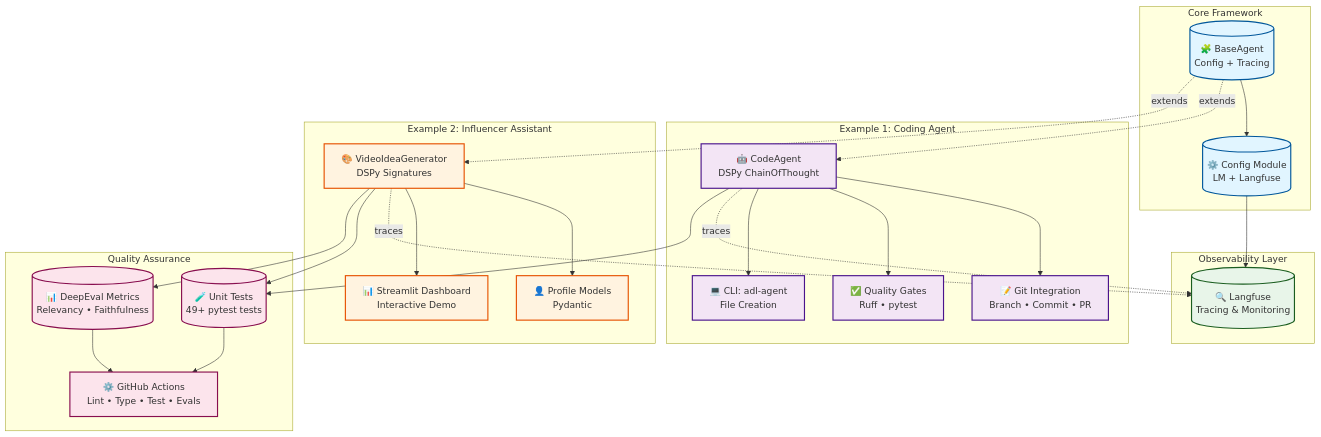
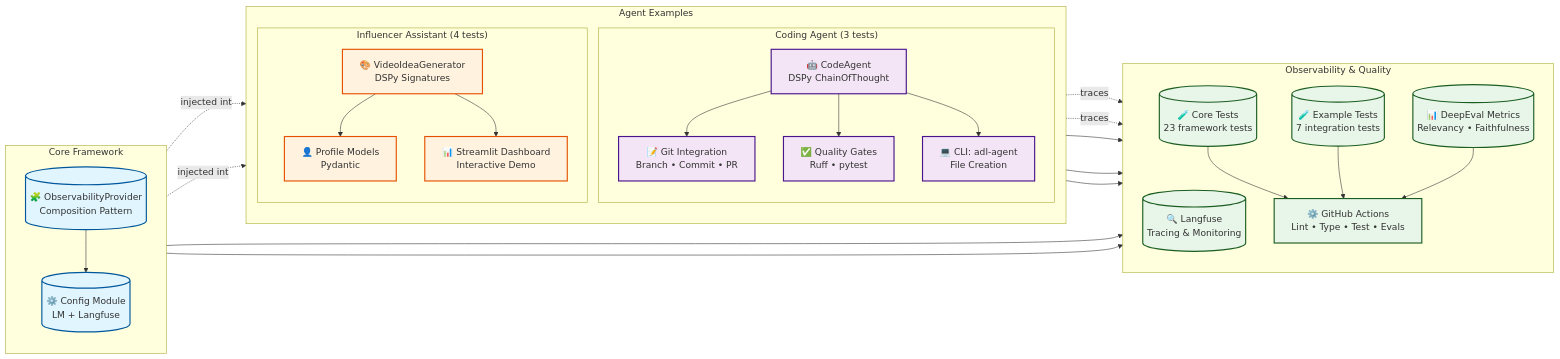
The diagram in docs/architecture.mmd (ammons-datalabs/observable-agent-starter), drawn with Mermaid before and after one commit. The commit also changed 36 other files, not shown here.

First line of the commit message:
Release v0.3.0: Composition pattern refactor & CI hardening (#2)

```diff
--- a/docs/architecture.mmd
+++ b/docs/architecture.mmd
@@ -1,65 +1,70 @@
-graph TB
-    subgraph "Core Framework"
-        BaseAgent[("🧩 BaseAgent<br/>Config + Tracing")]
+graph LR
+    %% Core Framework (Left)
+    subgraph Core["Core Framework"]
+        direction TB
+        ObsProvider[("🧩 ObservabilityProvider<br/>Composition Pattern")]
         Config[("⚙️ Config Module<br/>LM + Langfuse")]
+        ObsProvider --> Config
     end
 
-    subgraph "Example 1: Coding Agent"
-        CodingAgent["🤖 CodeAgent<br/>DSPy ChainOfThought"]
-        GitWorkflow["📝 Git Integration<br/>Branch • Commit • PR"]
-        QualityGates["✅ Quality Gates<br/>Ruff • pytest"]
-        CLI1["💻 CLI: adl-agent<br/>File Creation"]
+    %% Examples (Middle)
+    subgraph Examples["Agent Examples"]
+        direction TB
+        subgraph Coding["Coding Agent (3 tests)"]
+            CodingAgent["🤖 CodeAgent<br/>DSPy ChainOfThought"]
+            GitWorkflow["📝 Git Integration<br/>Branch • Commit • PR"]
+            QualityGates["✅ Quality Gates<br/>Ruff • pytest"]
+            CLI1["💻 CLI: adl-agent<br/>File Creation"]
+        end
+
+        subgraph Influencer["Influencer Assistant (4 tests)"]
+            InfluencerAgent["🎨 VideoIdeaGenerator<br/>DSPy Signatures"]
+            ProfileModel["👤 Profile Models<br/>Pydantic"]
+            Dashboard["📊 Streamlit Dashboard<br/>Interactive Demo"]
+        end
     end
 
-    subgraph "Example 2: Influencer Assistant"
-        InfluencerAgent["🎨 VideoIdeaGenerator<br/>DSPy Signatures"]
-        ProfileModel["👤 Profile Models<br/>Pydantic"]
-        Dashboard["📊 Streamlit Dashboard<br/>Interactive Demo"]
-    end
-
-    subgraph "Observability Layer"
+    %% Observability & QA (Right)
+    subgraph ObsQA["Observability & Quality"]
+        direction TB
         Langfuse[("🔍 Langfuse<br/>Tracing & Monitoring")]
-    end
-
-    subgraph "Quality Assurance"
-        UnitTests[("🧪 Unit Tests<br/>49+ pytest tests")]
+        CoreTests[("🧪 Core Tests<br/>23 framework tests")]
+        ExampleTests[("🧪 Example Tests<br/>7 integration tests")]
         DeepEval[("📊 DeepEval Metrics<br/>Relevancy • Faithfulness")]
         CI["⚙️ GitHub Actions<br/>Lint • Type • Test • Evals"]
     end
 
-    %% Framework Flow
-    BaseAgent --> Config
-    Config --> Langfuse
+    %% Left to Right Flow: Core -> Examples -> Observability/QA
+    ObsProvider -.injected into.-> CodingAgent
+    ObsProvider -.injected into.-> InfluencerAgent
 
-    %% Coding Agent Flow
-    BaseAgent -.extends.-> CodingAgent
     CodingAgent --> GitWorkflow
     CodingAgent --> QualityGates
     CodingAgent --> CLI1
-    CodingAgent -.traces.-> Langfuse
 
-    %% Influencer Agent Flow
-    BaseAgent -.extends.-> InfluencerAgent
     InfluencerAgent --> ProfileModel
     InfluencerAgent --> Dashboard
+
+    Config --> Langfuse
+    CodingAgent -.traces.-> Langfuse
     InfluencerAgent -.traces.-> Langfuse
 
-    %% Quality Flow
-    CodingAgent --> UnitTests
-    InfluencerAgent --> UnitTests
+    CodingAgent --> ExampleTests
+    InfluencerAgent --> ExampleTests
     InfluencerAgent --> DeepEval
-    UnitTests --> CI
+    ObsProvider --> CoreTests
+    CoreTests --> CI
+    ExampleTests --> CI
     DeepEval --> CI
 
     %% Styling
     classDef core fill:#e1f5ff,stroke:#01579b,stroke-width:2px
     classDef coding fill:#f3e5f5,stroke:#4a148c,stroke-width:2px
     classDef influencer fill:#fff3e0,stroke:#e65100,stroke-width:2px
     classDef obs fill:#e8f5e9,stroke:#1b5e20,stroke-width:2px
     classDef qa fill:#fce4ec,stroke:#880e4f,stroke-width:2px
 
-    class BaseAgent,Config core
+    class ObsProvider,Config core
     class CodingAgent,GitWorkflow,QualityGates,CLI1 coding
     class InfluencerAgent,ProfileModel,Dashboard influencer
-    class Langfuse obs
-    class UnitTests,DeepEval,CI qa
+    class Langfuse,CoreTests,ExampleTests,DeepEval,CI obs
```
